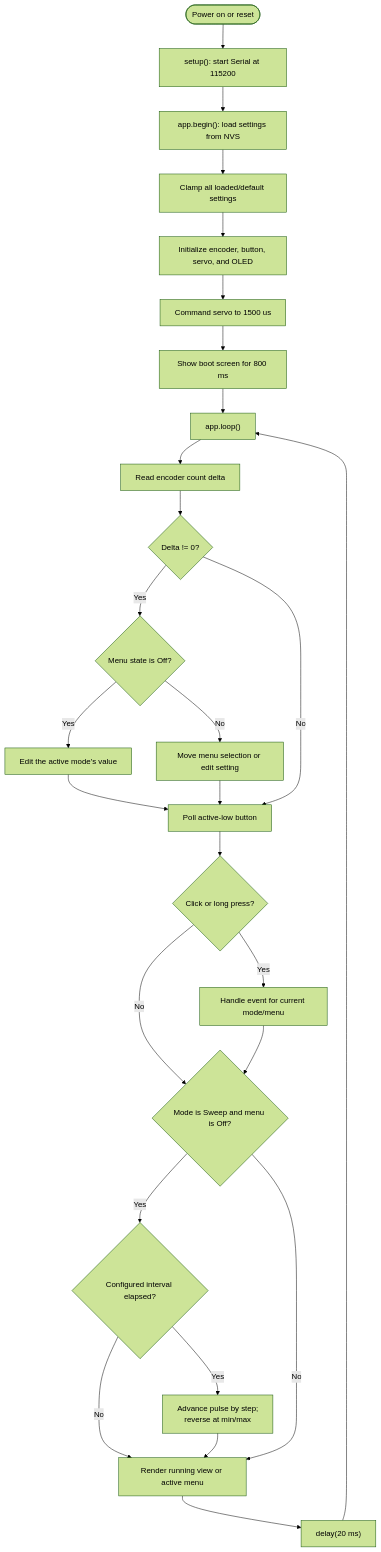
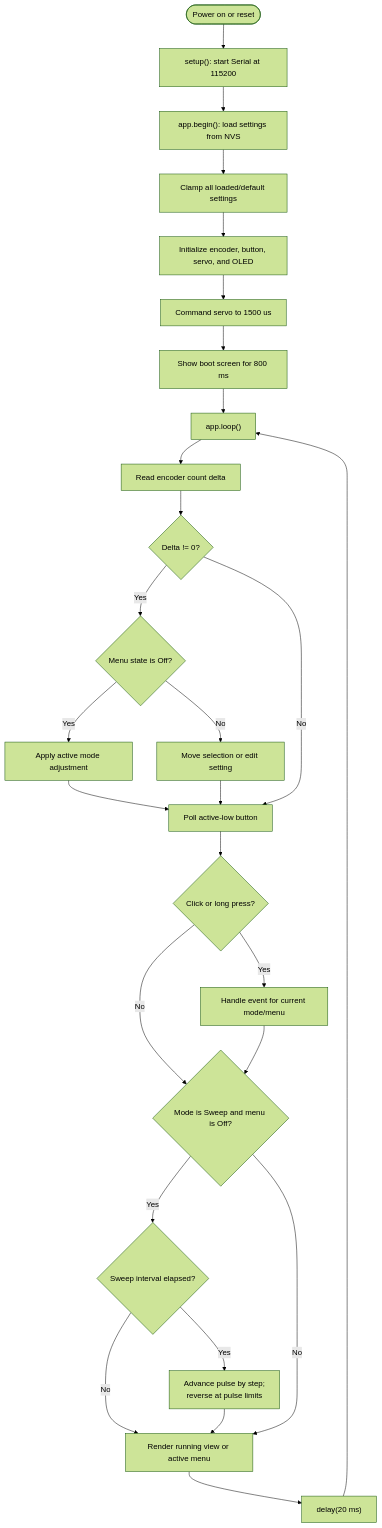
The third of 3 diagrams in DIAGRAMS.md (DKKivu/ServoTester), drawn with Mermaid (forest theme) before and after one commit. The commit also changed other lines of this file and 3 other files, not shown here.

````diff
--- a/DIAGRAMS.md
+++ b/DIAGRAMS.md
@@ -191,33 +195,33 @@
 ```mermaid
 flowchart TD
     START([Power on or reset]) --> SETUP["setup(): start Serial at 115200"]
     SETUP --> LOAD["app.begin(): load settings from NVS"]
     LOAD --> CLAMP["Clamp all loaded/default settings"]
     CLAMP --> INIT["Initialize encoder, button, servo, and OLED"]
     INIT --> INITIAL_PULSE["Command servo to 1500 us"]
     INITIAL_PULSE --> BOOT["Show boot screen for 800 ms"]
     BOOT --> LOOP["app.loop()"]
 
     LOOP --> READ["Read encoder count delta"]
     READ --> HAS_DELTA{"Delta != 0?"}
     HAS_DELTA -- Yes --> MENU_OFF{"Menu state is Off?"}
-    MENU_OFF -- Yes --> RUN_EDIT["Edit the active mode's value"]
-    MENU_OFF -- No --> MENU_EDIT["Move menu selection or edit setting"]
-    RUN_EDIT --> POLL
+    MENU_OFF -- Yes --> RUN_EDIT["Apply active mode adjustment"]
+    MENU_OFF -- No --> MENU_EDIT["Move selection or edit setting"]
+    RUN_EDIT --> POLL["Poll active-low button"]
     MENU_EDIT --> POLL
-    HAS_DELTA -- No --> POLL["Poll active-low button"]
+    HAS_DELTA -- No --> POLL
 
     POLL --> BUTTON_EVENT{"Click or long press?"}
     BUTTON_EVENT -- Yes --> HANDLE["Handle event for current mode/menu"]
     BUTTON_EVENT -- No --> SWEEP_CHECK
     HANDLE --> SWEEP_CHECK{"Mode is Sweep and menu is Off?"}
 
-    SWEEP_CHECK -- Yes --> ELAPSED{"Configured interval elapsed?"}
-    ELAPSED -- Yes --> SWEEP["Advance pulse by step;<br/>reverse at min/max"]
+    SWEEP_CHECK -- Yes --> ELAPSED{"Sweep interval elapsed?"}
+    ELAPSED -- Yes --> SWEEP["Advance pulse by step;<br/>reverse at pulse limits"]
     ELAPSED -- No --> RENDER
     SWEEP --> RENDER["Render running view or active menu"]
     SWEEP_CHECK -- No --> RENDER
 
     RENDER --> WAIT["delay(20 ms)"]
     WAIT --> LOOP
 ```
````
